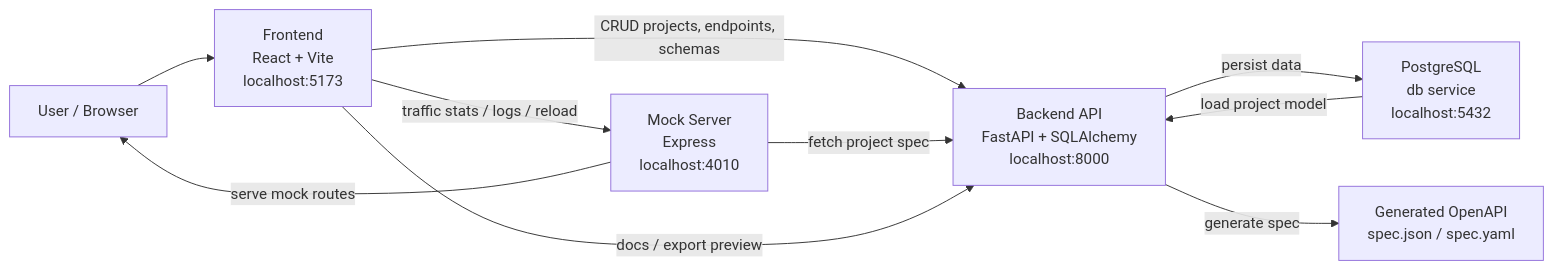
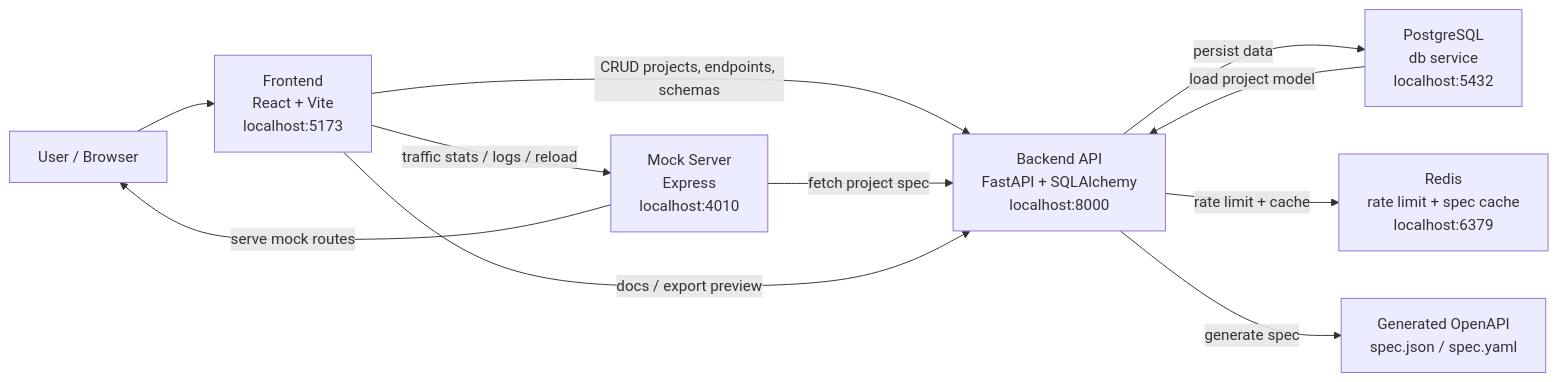
Before and after one commit to manav363/apiblueprint: the diagram in README.md, drawn with Mermaid. The commit also changed other lines of this file and 90 other files, not shown here.

````diff
--- a/README.md
+++ b/README.md
@@ -25,19 +30,21 @@
 ```mermaid
 flowchart LR
     U["User / Browser"]
     F["Frontend<br/>React + Vite<br/>localhost:5173"]
     B["Backend API<br/>FastAPI + SQLAlchemy<br/>localhost:8000"]
     D["PostgreSQL<br/>db service<br/>localhost:5432"]
+    R["Redis<br/>rate limit + spec cache<br/>localhost:6379"]
     M["Mock Server<br/>Express<br/>localhost:4010"]
     S["Generated OpenAPI<br/>spec.json / spec.yaml"]
 
     U --> F
     F -->|CRUD projects, endpoints, schemas| B
     B -->|persist data| D
     D -->|load project model| B
+    B -->|rate limit + cache| R
     B -->|generate spec| S
     M -->|fetch project spec| B
     M -->|serve mock routes| U
     F -->|docs / export preview| B
     F -->|traffic stats / logs / reload| M
 ```
````
